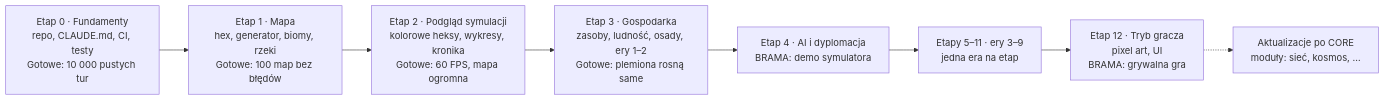
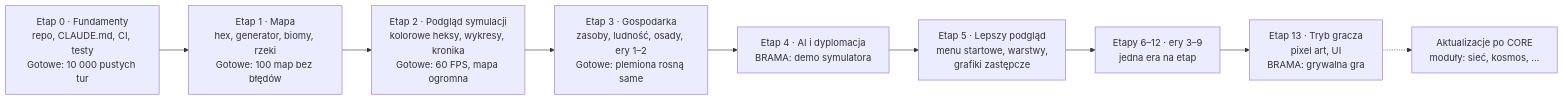
One commit to CoStellar/CivSim2 changed the second of 2 diagrams in docs/GDD.md. Above: the diagram before and after it, drawn with Mermaid. The commit also changed other lines of this file and 8 other files, not shown here.

First line of the commit message:
Add stage 5 (start menu, layered map view, placeholder art); eras 3-9 are stages 6-12, player mode stage 13

````diff
--- a/docs/GDD.md
+++ b/docs/GDD.md
@@ -838,10 +838,11 @@
 ```mermaid
 flowchart LR
   E0["Etap 0 · Fundamenty<br/>repo, CLAUDE.md, CI, testy<br/>Gotowe: 10 000 pustych tur"] --> E1["Etap 1 · Mapa<br/>hex, generator, biomy, rzeki<br/>Gotowe: 100 map bez błędów"]
   E1 --> E2["Etap 2 · Podgląd symulacji<br/>kolorowe heksy, wykresy, kronika<br/>Gotowe: 60 FPS, mapa ogromna"]
   E2 --> E3["Etap 3 · Gospodarka<br/>zasoby, ludność, osady, ery 1–2<br/>Gotowe: plemiona rosną same"]
   E3 --> E4["Etap 4 · AI i dyplomacja<br/>BRAMA: demo symulatora"]
-  E4 --> E5["Etapy 5–11 · ery 3–9<br/>jedna era na etap"]
-  E5 --> E12["Etap 12 · Tryb gracza<br/>pixel art, UI<br/>BRAMA: grywalna gra"]
-  E12 -.-> U["Aktualizacje po CORE<br/>moduły: sieć, kosmos, …"]
+  E4 --> E5["Etap 5 · Lepszy podgląd<br/>menu startowe, warstwy,<br/>grafiki zastępcze"]
+  E5 --> E6["Etapy 6–12 · ery 3–9<br/>jedna era na etap"]
+  E6 --> E13["Etap 13 · Tryb gracza<br/>pixel art, UI<br/>BRAMA: grywalna gra"]
+  E13 -.-> U["Aktualizacje po CORE<br/>moduły: sieć, kosmos, …"]
 ```
````
